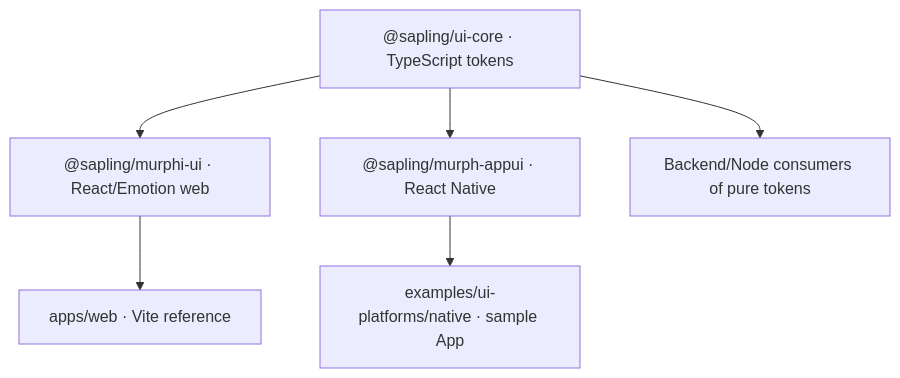
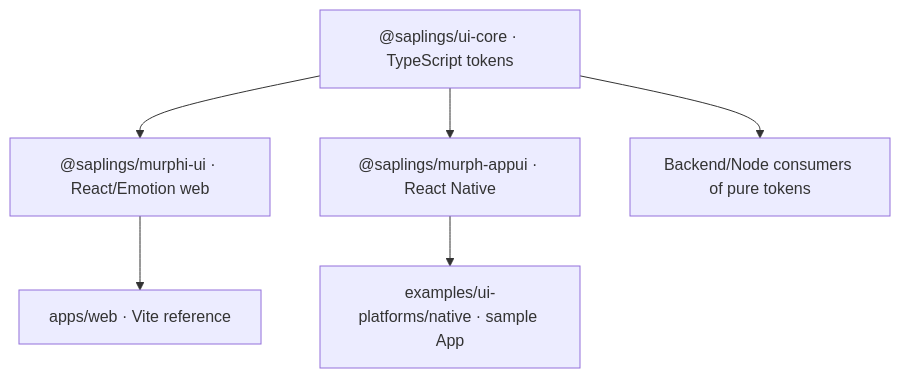
One commit to snrakshith/saplings changed the diagram in docs/ui-platforms/TECHNICAL_SPECIFICATION.md. Above: the diagram before and after it, drawn with Mermaid. The commit also changed other lines of this file and 820 other files, not shown here.

````diff
--- a/docs/ui-platforms/TECHNICAL_SPECIFICATION.md
+++ b/docs/ui-platforms/TECHNICAL_SPECIFICATION.md
@@ -5,8 +5,8 @@
 ```mermaid
 flowchart TB
-  A["@sapling/ui-core · TypeScript tokens"] --> B["@sapling/murphi-ui · React/Emotion web"]
-  A --> C["@sapling/murph-appui · React Native"]
+  A["@saplings/ui-core · TypeScript tokens"] --> B["@saplings/murphi-ui · React/Emotion web"]
+  A --> C["@saplings/murph-appui · React Native"]
   B --> D["apps/web · Vite reference"]
   C --> E["examples/ui-platforms/native · sample App"]
   A --> F["Backend/Node consumers of pure tokens"]
 ```
````
